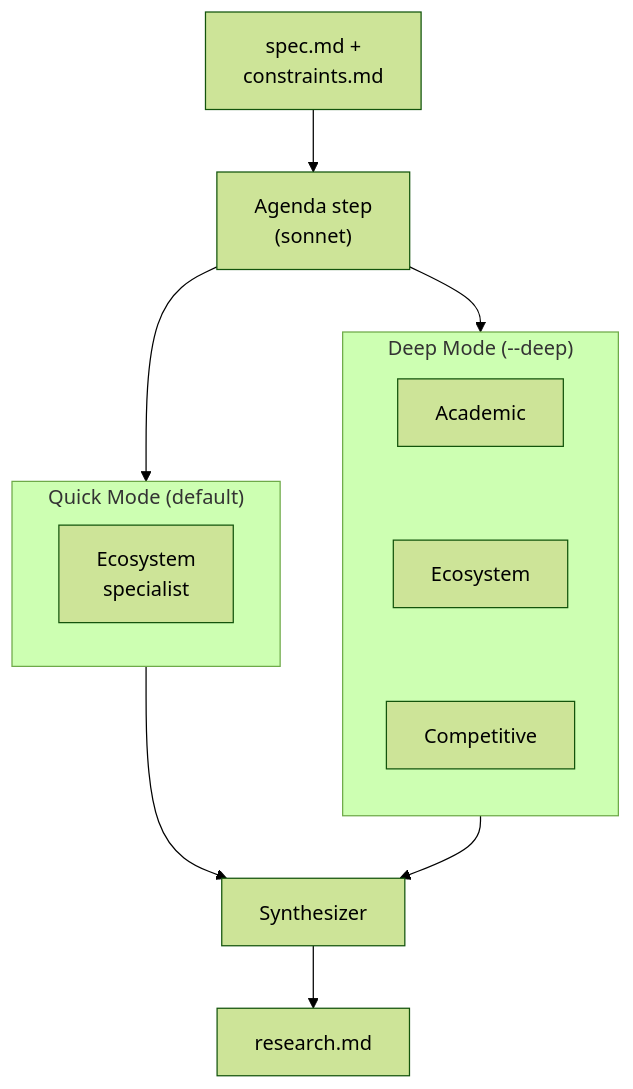
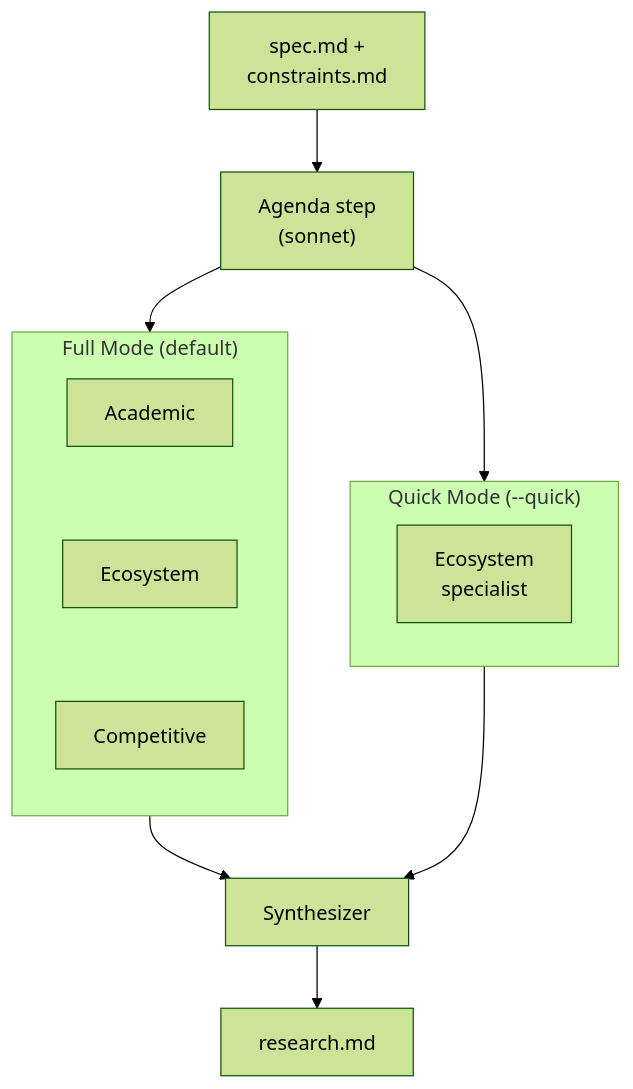
Before and after one commit to robmclarty/ridgeline: the first of 2 diagrams in docs/research.md, drawn with Mermaid (forest theme). The commit also changed other lines of this file and 1 other file, not shown here.

First line of the commit message:
docs: update research docs to reflect inverted ensemble default

````diff
--- a/docs/research.md
+++ b/docs/research.md
@@ -26,20 +26,20 @@
 ```mermaid
 flowchart TB
     spec["spec.md +\nconstraints.md"] --> agenda["Agenda step\n(sonnet)"]
 
+    agenda --> full_path
     agenda --> quick_path
-    agenda --> deep_path
 
-    subgraph quick_path ["Quick Mode (default)"]
-        eco["Ecosystem\nspecialist"]
-    end
-
-    subgraph deep_path ["Deep Mode (--deep)"]
+    subgraph full_path ["Full Mode (default)"]
         direction TB
         acad["Academic"] ~~~ eco2["Ecosystem"] ~~~ comp["Competitive"]
     end
 
-    quick_path --> synth["Synthesizer"]
-    deep_path --> synth
+    subgraph quick_path ["Quick Mode (--quick)"]
+        eco["Ecosystem\nspecialist"]
+    end
+
+    full_path --> synth["Synthesizer"]
+    quick_path --> synth
     synth --> research_md["research.md"]
 ```
````
